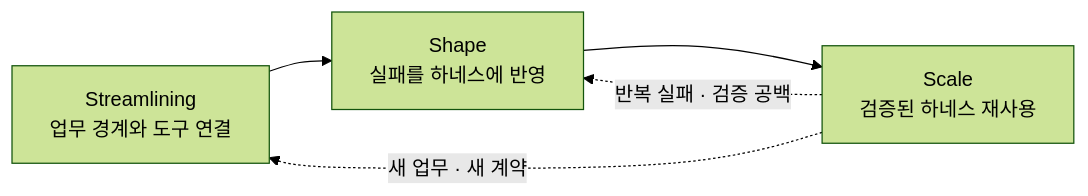
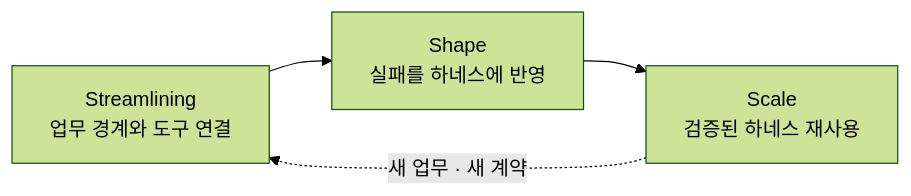
One commit to haandol/haandol.github.com changed the diagram in _posts/2026-06-15-organizational-ai-adoption-3s.md. Above: the diagram before and after it, drawn with Mermaid (forest theme). The commit also changed other lines of this file and 3 other files, not shown here.

````diff
--- a/_posts/2026-06-15-organizational-ai-adoption-3s.md
+++ b/_posts/2026-06-15-organizational-ai-adoption-3s.md
@@ -92,7 +88,6 @@
 ```mermaid
 flowchart LR
     S1["Streamlining<br/>업무 경계와 도구 연결"] --> S2["Shape<br/>실패를 하네스에 반영"]
     S2 --> S3["Scale<br/>검증된 하네스 재사용"]
-    S3 -. "반복 실패 · 검증 공백" .-> S2
     S3 -. "새 업무 · 새 계약" .-> S1
 ```
````
